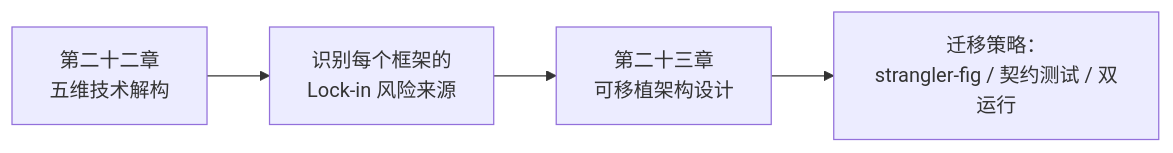
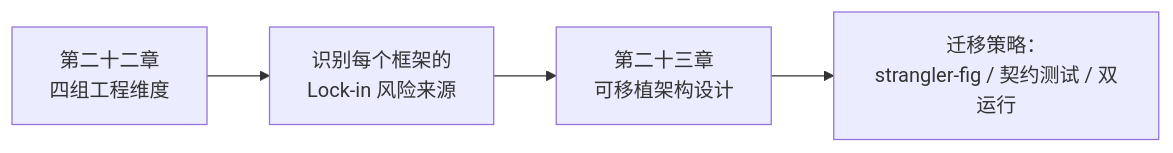
Before and after one commit to oneleaveknowsthefall/awesome-ai-roadmap: the diagram in docs/frameworks/06-selection-portability/README.md, drawn with Mermaid. The commit also changed other lines of this file and 61 other files, not shown here.

````diff
--- a/docs/frameworks/06-selection-portability/README.md
+++ b/docs/frameworks/06-selection-portability/README.md
@@ -12,6 +18,6 @@
 ```mermaid
 flowchart LR
-    A["第二十二章<br/>五维技术解构"] --> B["识别每个框架的<br/>Lock-in 风险来源"]
+    A["第二十二章<br/>四组工程维度"] --> B["识别每个框架的<br/>Lock-in 风险来源"]
     B --> C["第二十三章<br/>可移植架构设计"]
     C --> D["迁移策略：<br/>strangler-fig / 契约测试 / 双运行"]
 ```
````
